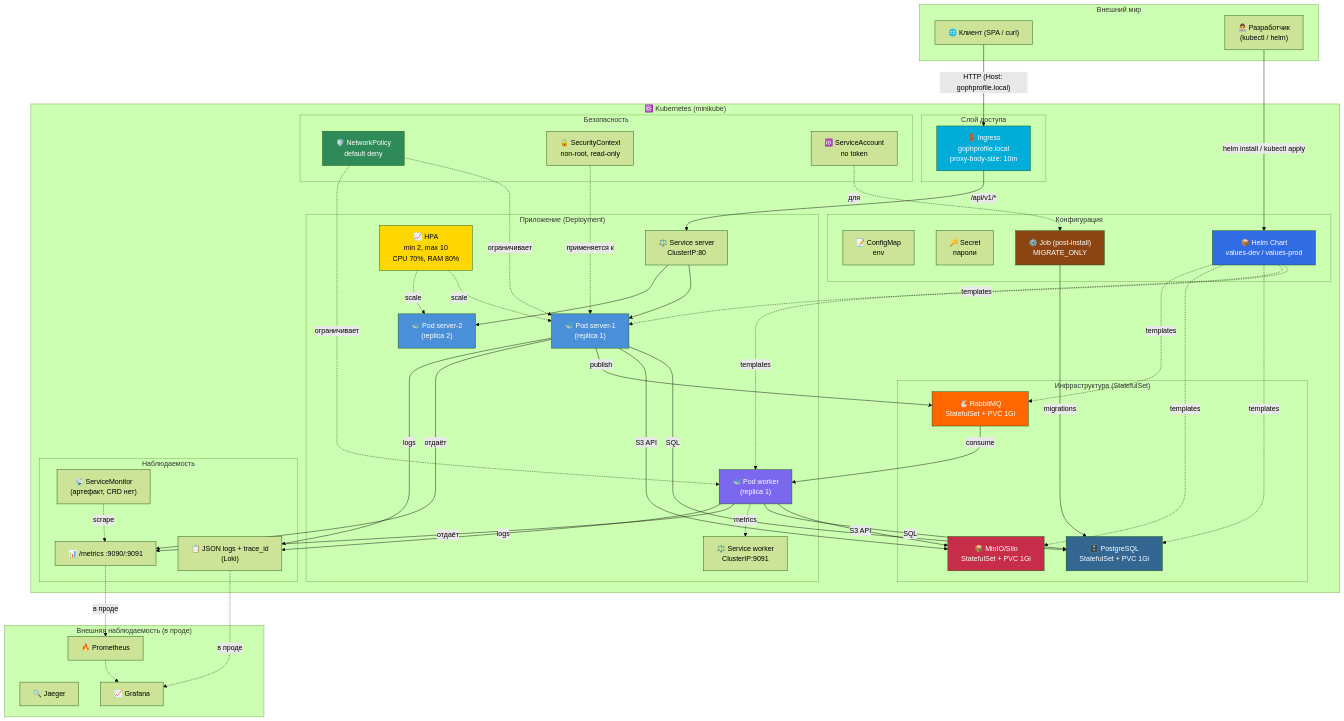
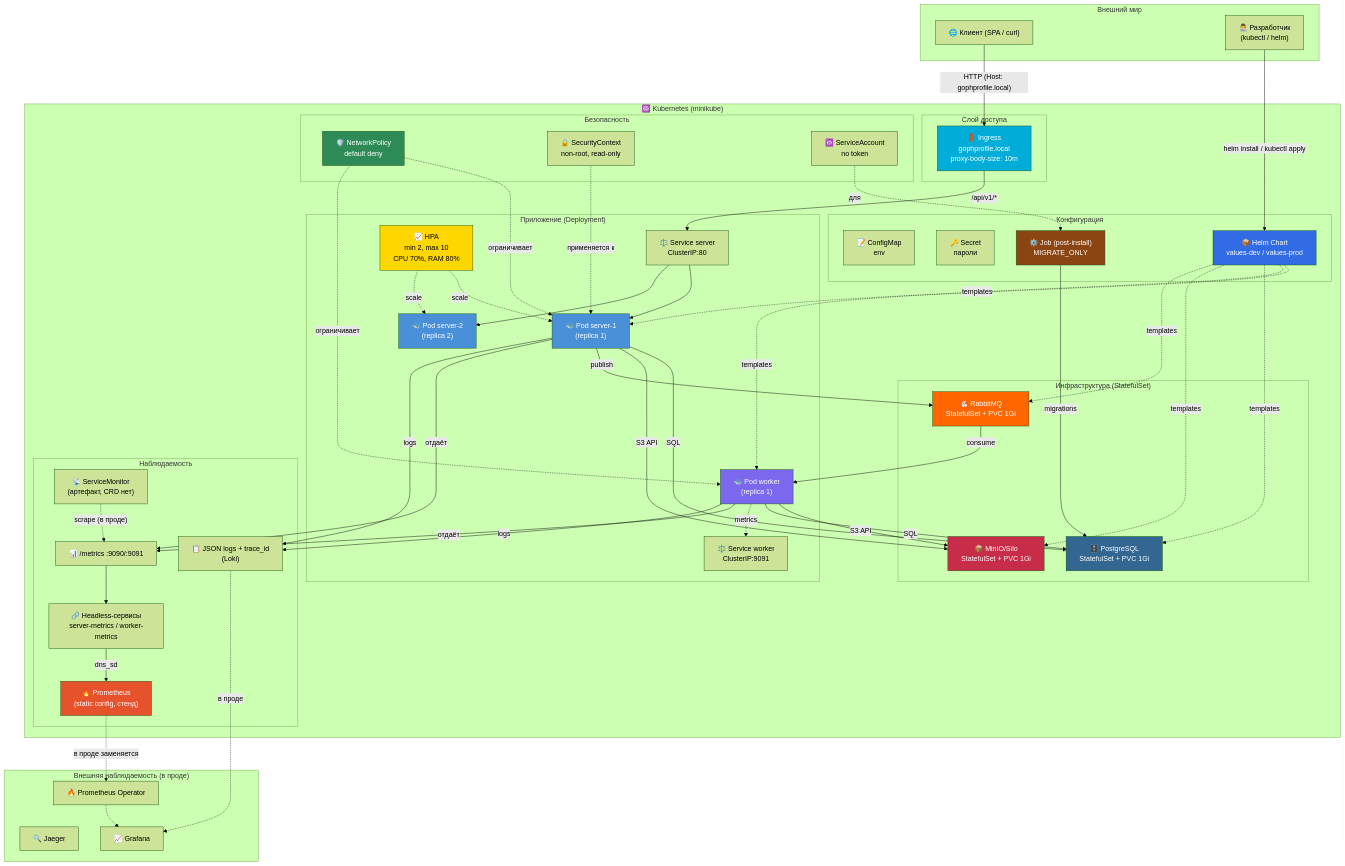
One commit to b602op/go-avatar-service changed the diagram in README.md. Above: the diagram before and after it, drawn with Mermaid (forest theme). The commit also changed other lines of this file and 2 other files, not shown here.

Commit message:
fix3: docs- existingSecret, Prometheus static config, headless-сервисы

````diff
--- a/README.md
+++ b/README.md
@@ -54,13 +54,15 @@
 
         subgraph Observability["Наблюдаемость"]
             Metrics["📊 /metrics :9090/:9091"]
+            Headless["🔗 Headless-сервисы<br/>server-metrics / worker-metrics"]
+            PromInK8s["🔥 Prometheus<br/>(static config, стенд)"]
             ServiceMonitor["📡 ServiceMonitor<br/>(артефакт, CRD нет)"]
             Logs["📋 JSON logs + trace_id<br/>(Loki)"]
         end
     end
 
     subgraph ExternalObs["Внешняя наблюдаемость (в проде)"]
-        Prometheus["🔥 Prometheus"]
+        Prometheus["🔥 Prometheus Operator"]
         Jaeger["🔍 Jaeger"]
         Grafana["📈 Grafana"]
     end
@@ -94,11 +96,13 @@
     
     ServerPod1 -->|"отдаёт"| Metrics
     WorkerPod -->|"отдаёт"| Metrics
-    ServiceMonitor -.->|"scrape"| Metrics
+    Metrics --> Headless
+    Headless -->|"dns_sd"| PromInK8s
+    ServiceMonitor -.->|"scrape (в проде)"| Metrics
     ServerPod1 -->|"logs"| Logs
     WorkerPod -->|"logs"| Logs
     
-    Metrics -.->|"в проде"| Prometheus
+    PromInK8s -.->|"в проде заменяется"| Prometheus
     Logs -.->|"в проде"| Grafana
     Prometheus -.-> Grafana
 
@@ -113,4 +117,5 @@
     style NetPol fill:#2E8B57,color:#fff
     style HelmChart fill:#326CE5,color:#fff
     style MigrationJob fill:#8B4513,color:#fff
+    style PromInK8s fill:#E6522C,color:#fff
 ```
````
